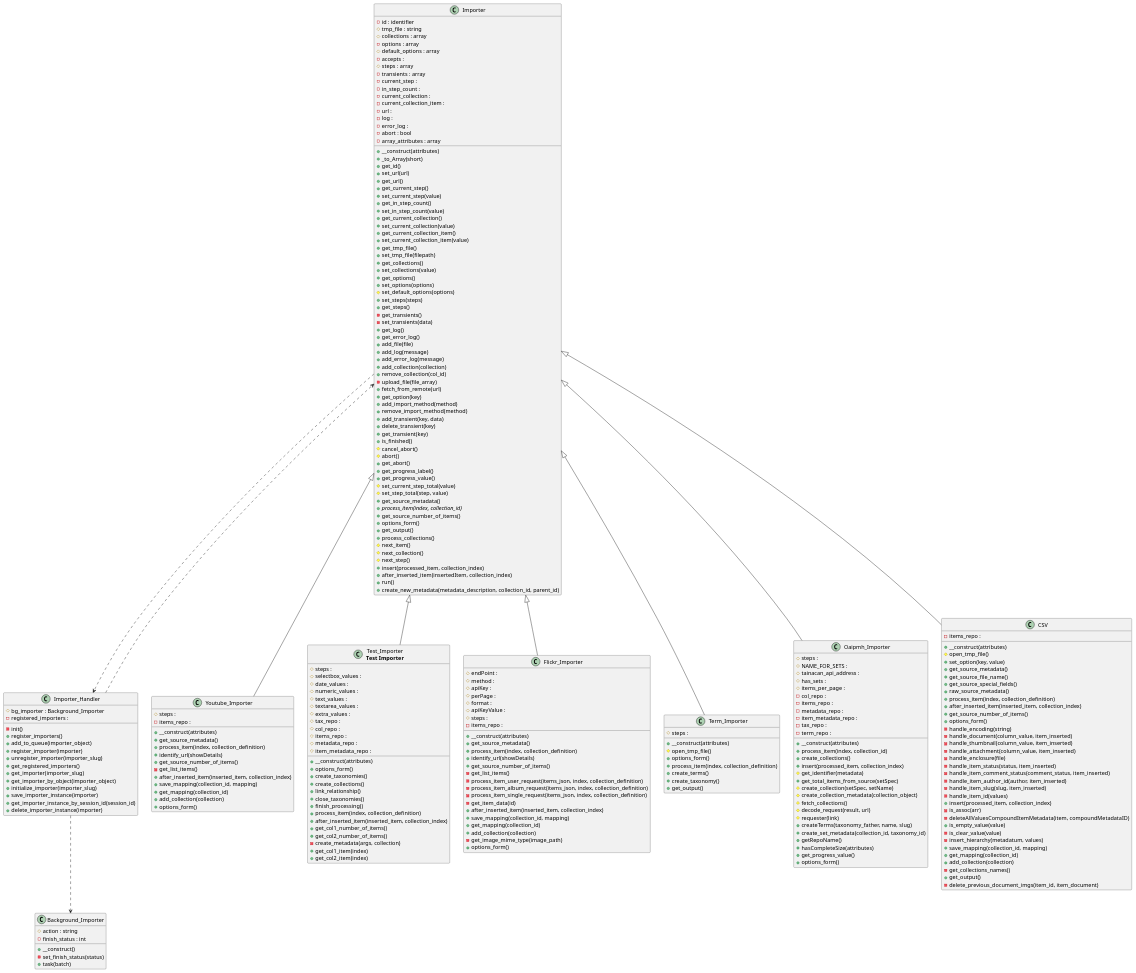
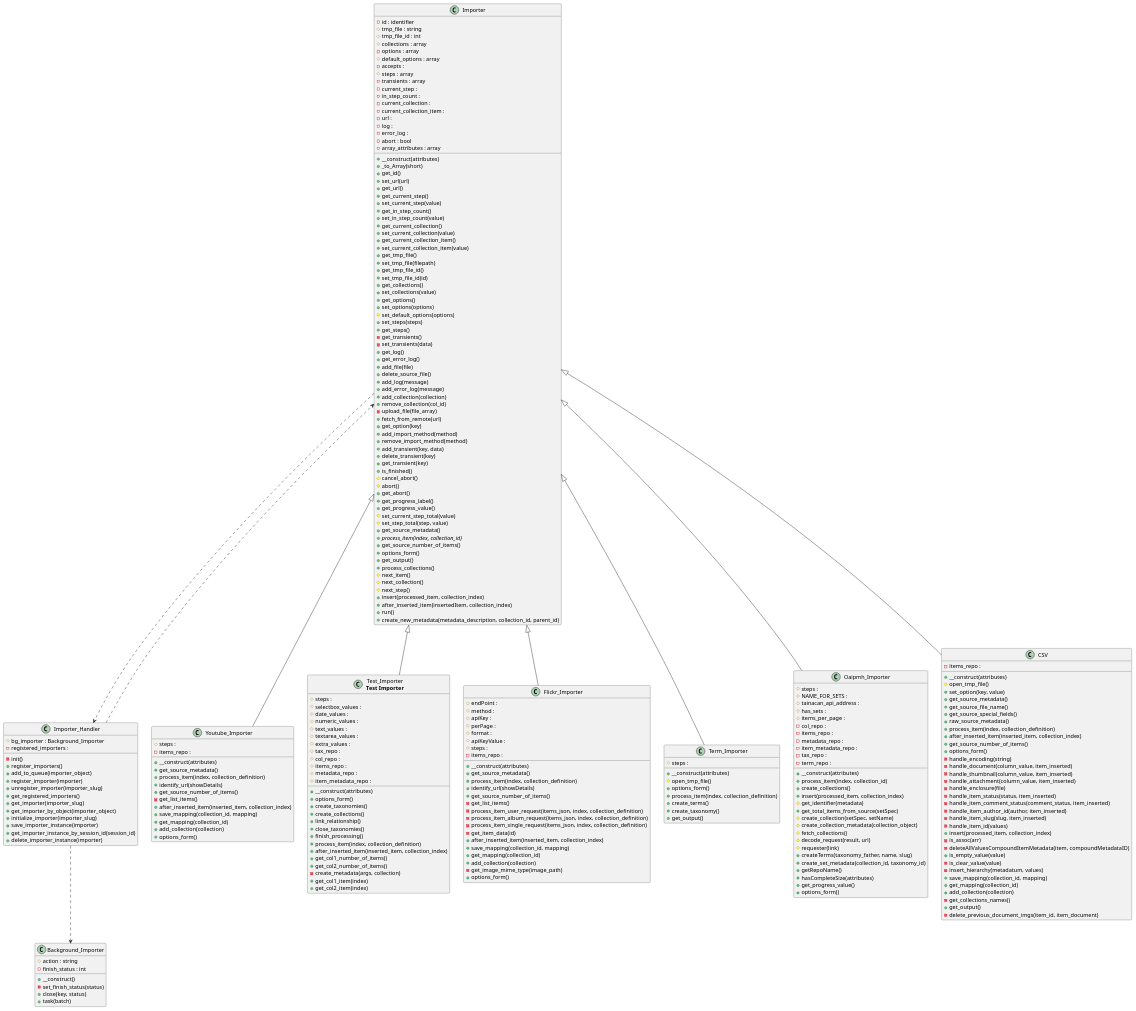
The diagram in docs/diagrams/tainacan-namespace-Tainacan-Importer.puml (tainacan/tainacan), drawn with PlantUML before and after one commit. The commit also changed 51 other files, not shown here.

```diff
--- a/docs/diagrams/tainacan-namespace-Tainacan-Importer.puml
+++ b/docs/diagrams/tainacan-namespace-Tainacan-Importer.puml
@@ -73,6 +73,7 @@
     -finish_status : int
     +__construct()
     -set_finish_status(status)
+    +close(key, status)
     +task(batch)
   }
   class "Importer_Handler" as Importer_Handler {
@@ -94,6 +95,7 @@
   class "Importer" as Importer {
     -id : identifier
     #tmp_file : string
+    #tmp_file_id : int
     #collections : array
     -options : array
     #default_options : array
@@ -124,6 +126,8 @@
     +set_current_collection_item(value)
     +get_tmp_file()
     +set_tmp_file(filepath)
+    +get_tmp_file_id()
+    +set_tmp_file_id(id)
     +get_collections()
     +set_collections(value)
     +get_options()
@@ -136,6 +140,7 @@
     +get_log()
     +get_error_log()
     +add_file(file)
+    +delete_source_file()
     +add_log(message)
     +add_error_log(message)
     +add_collection(collection)
```
